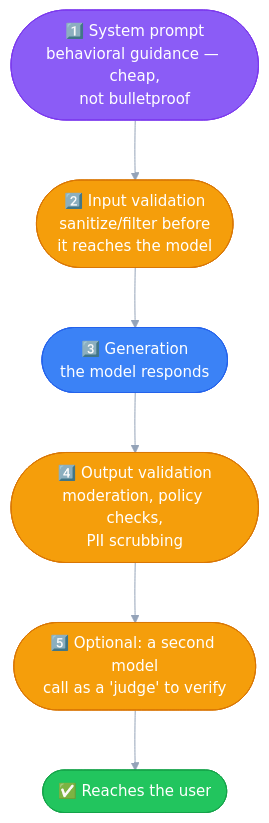
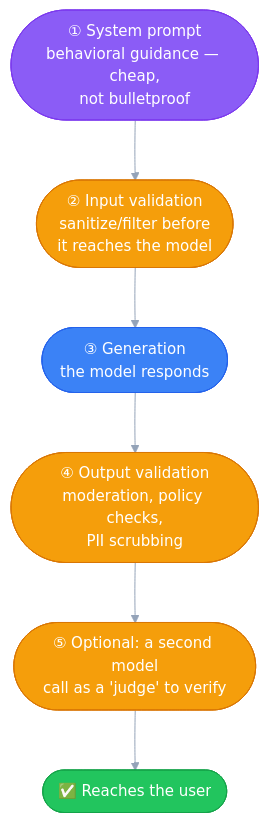
Before and after one commit to manthan-joshi-ai/claude-llm: the second of 2 diagrams in _02_building_with_claude_api/03_system_prompts.md, drawn with Mermaid. The commit also changed other lines of this file and 1 other file, not shown here.

Commit message:
Fix two GitHub Mermaid rendering issues: keycap emoji, bracket-in-label
- 03_system_prompts.md: replaced keycap-style compound emoji
  (1<20E3>-5<20E3>, digit + variation selector + combining enclosing
  keycap) with single-codepoint circled digits (a b c d e) -- Mermaid's
  SVG text rendering on GitHub frequently fails to render multi-
  codepoint emoji sequences correctly, which likely made the 5-layer
  defense diagram look broken/missing rather than genuinely absent
  (confirmed via git log: the file has never been edited since its
  original commit, so nothing was actually removed).
- 02_multi_turn_conversations.md and 03_system_prompts.md: removed
  literal square brackets from inside quoted stadium-shape node labels
  (e.g. "messages: [user1]" -> "messages: user1") -- brackets are
  Mermaid's own node-shape delimiter and embedding them inside an
  already-quoted label is a known source of parser confusion, even
  when technically inside quotes.
- Repo-wide scan confirms both patterns are now fully clean.

````diff
--- a/_02_building_with_claude_api/03_system_prompts.md
+++ b/_02_building_with_claude_api/03_system_prompts.md
@@ -96,20 +96,20 @@
 ```mermaid
 %%{init: {"theme": "base", "themeVariables": {"primaryColor": "#8B5CF6", "primaryTextColor": "#ffffff", "primaryBorderColor": "#7C3AED", "lineColor": "#94A3B8", "fontFamily": "Segoe UI, sans-serif", "fontSize": "15px"}, "flowchart": {"htmlLabels": true, "padding": 20, "nodeSpacing": 35, "rankSpacing": 60}}}%%
 flowchart TB
-    S(["1️⃣ System prompt<br/>behavioral guidance — cheap,<br/>not bulletproof"]) --> I(["2️⃣ Input validation<br/>sanitize/filter before<br/>it reaches the model"])
-    I --> G(["3️⃣ Generation<br/>the model responds"])
-    G --> O(["4️⃣ Output validation<br/>moderation, policy checks,<br/>PII scrubbing"])
-    O --> J(["5️⃣ Optional: a second model<br/>call as a 'judge' to verify"])
+    S(["① System prompt<br/>behavioral guidance — cheap,<br/>not bulletproof"]) --> I(["② Input validation<br/>sanitize/filter before<br/>it reaches the model"])
+    I --> G(["③ Generation<br/>the model responds"])
+    G --> O(["④ Output validation<br/>moderation, policy checks,<br/>PII scrubbing"])
+    O --> J(["⑤ Optional: a second model<br/>call as a 'judge' to verify"])
     J --> U(["✅ Reaches the user"])
 
     classDef sys fill:#8B5CF6,stroke:#7C3AED,color:#ffffff
     classDef check fill:#F59E0B,stroke:#D97706,color:#ffffff
     classDef gen fill:#3B82F6,stroke:#2563EB,color:#ffffff
     classDef done fill:#22C55E,stroke:#16A34A,color:#ffffff
     class S sys
     class I check
     class G gen
     class O check
     class J check
     class U done
 ```
````
